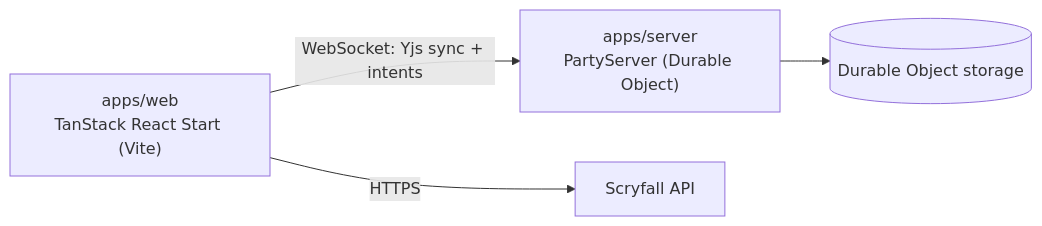
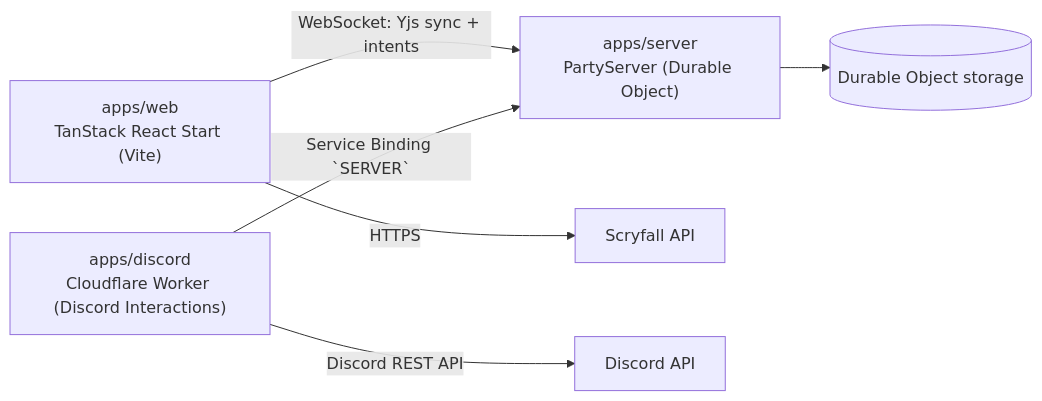
Before and after one commit to hansy/drawspell: the diagram in README.md, drawn with Mermaid. The commit also changed other lines of this file and 14 other files, not shown here.

Commit message:
Fix env wiring for discord/server local provisioning

````diff
--- a/README.md
+++ b/README.md
@@ -9,6 +9,8 @@
 ```mermaid
 flowchart LR
   Web["apps/web<br/>TanStack React Start (Vite)"] -->|WebSocket: Yjs sync + intents| Server["apps/server<br/>PartyServer (Durable Object)"]
+  Discord["apps/discord<br/>Cloudflare Worker (Discord Interactions)"] -->|Service Binding `SERVER`| Server
   Web -->|HTTPS| Scryfall["Scryfall API"]
+  Discord -->|Discord REST API| DiscordApi["Discord API"]
   Server --> DO[(Durable Object storage)]
 ```
````
